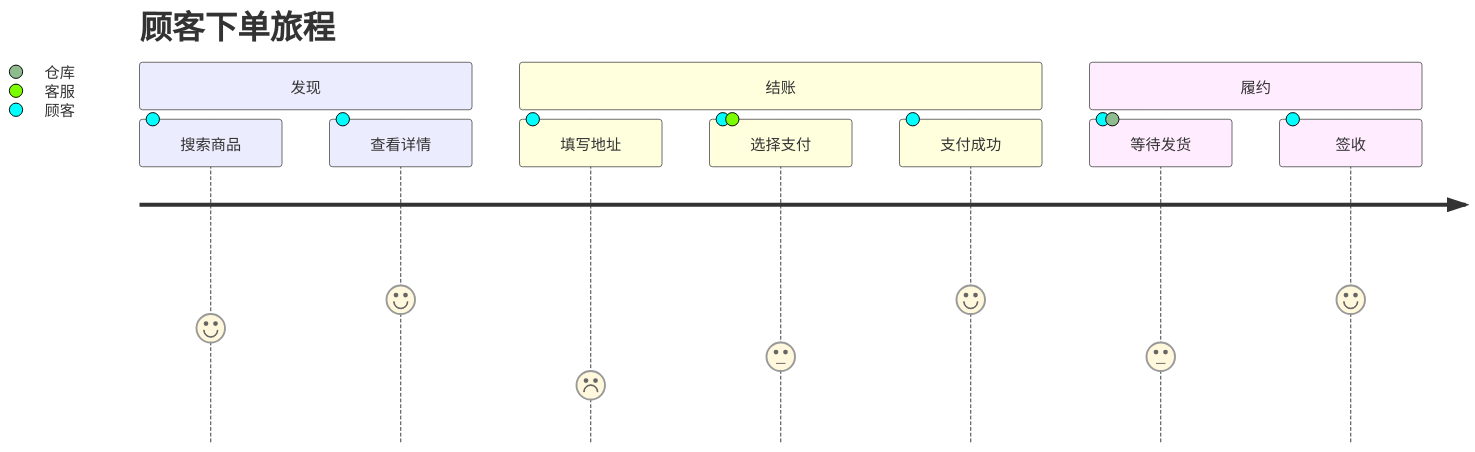
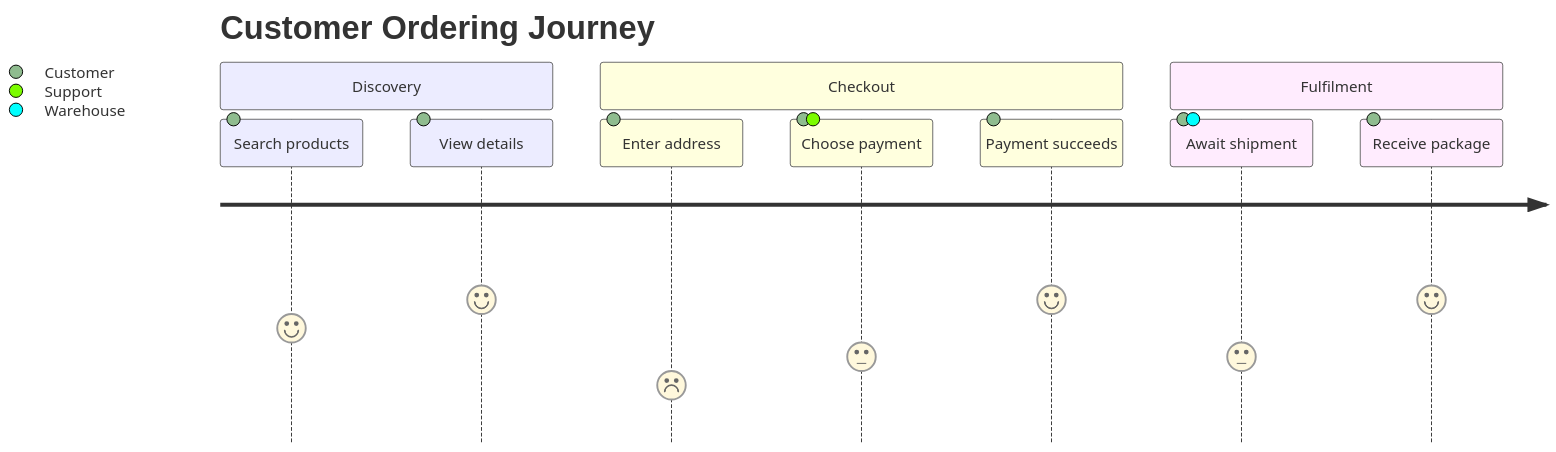
The diagram in diagrams/journey.mmd (hanxiaomax/tweakpele), drawn with Mermaid before and after one commit. The commit also changed 46 other files, not shown here.

```diff
--- a/diagrams/journey.mmd
+++ b/diagrams/journey.mmd
@@ -1,12 +1,12 @@
 journey
-  title 顾客下单旅程
-  section 发现
-    搜索商品: 4: 顾客
-    查看详情: 5: 顾客
-  section 结账
-    填写地址: 2: 顾客
-    选择支付: 3: 顾客, 客服
-    支付成功: 5: 顾客
-  section 履约
-    等待发货: 3: 顾客, 仓库
-    签收: 5: 顾客
+  title Customer Ordering Journey
+  section Discovery
+    Search products: 4: Customer
+    View details: 5: Customer
+  section Checkout
+    Enter address: 2: Customer
+    Choose payment: 3: Customer, Support
+    Payment succeeds: 5: Customer
+  section Fulfilment
+    Await shipment: 3: Customer, Warehouse
+    Receive package: 5: Customer
```
